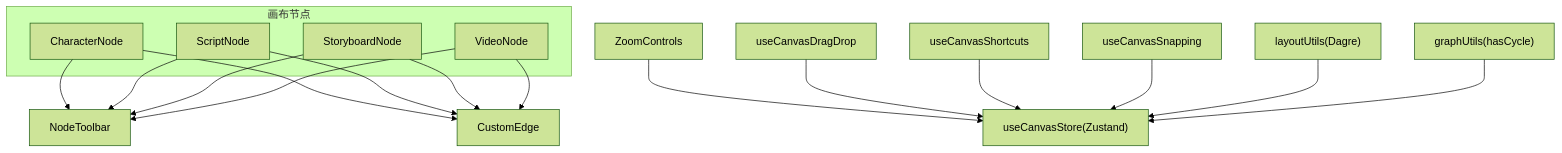
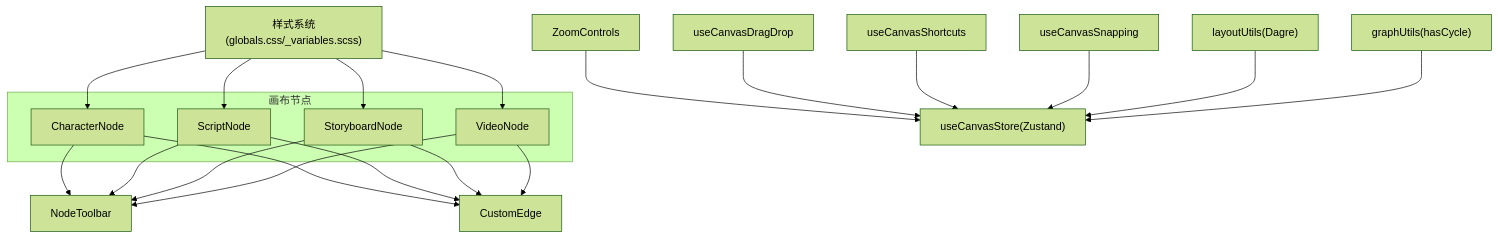
Before and after one commit to KunLabAI/KunFlix: the first of 6 diagrams in .qoder/repowiki/zh/content/系统架构/前端架构/组件架构/画布组件系统.md, drawn with Mermaid (forest theme). The commit also changed other lines of this file and 14 other files, not shown here.

````diff
--- a/.qoder/repowiki/zh/content/系统架构/前端架构/组件架构/画布组件系统.md
+++ b/.qoder/repowiki/zh/content/系统架构/前端架构/组件架构/画布组件系统.md
@@ -47,32 +61,37 @@
 ```mermaid
 graph TB
 subgraph "画布节点"
 CN["CharacterNode"]
 SN["ScriptNode"]
 SB["StoryboardNode"]
 VN["VideoNode"]
 end
 CE["CustomEdge"]
 NTB["NodeToolbar"]
 ZC["ZoomControls"]
 LUT["layoutUtils(Dagre)"]
 GUT["graphUtils(hasCycle)"]
 UCD["useCanvasDragDrop"]
 UCS["useCanvasShortcuts"]
 UCSN["useCanvasSnapping"]
 CCS["useCanvasStore(Zustand)"]
+CSS["样式系统(globals.css/_variables.scss)"]
 CN --> NTB
 SN --> NTB
 SB --> NTB
 VN --> NTB
 CN --> CE
 SN --> CE
 SB --> CE
 VN --> CE
 ZC --> CCS
 UCD --> CCS
 UCS --> CCS
 UCSN --> CCS
 LUT --> CCS
 GUT --> CCS
+CSS --> CN
+CSS --> SN
+CSS --> SB
+CSS --> VN
 ```
````
